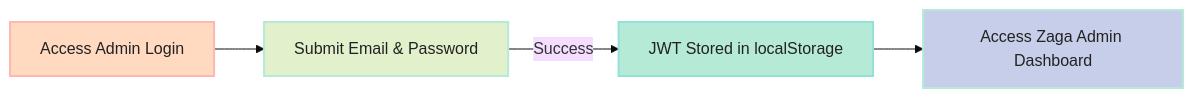
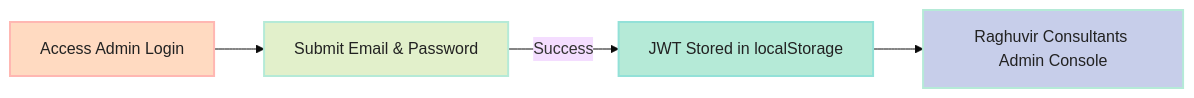
Before and after one commit to tejasrsuthar/investment-strategy-all-weather: the diagram in backend/docs/ADMIN_USER_GUIDE.md, drawn with Mermaid (base theme). The commit also changed other lines of this file and 19 other files, not shown here.

Commit message:
Bump version to v2.1.0: Raghuvir Consultants Admin rebranding, Alerts menu rename, inline status dropdown, multi-selection, bulk operations, Google Doc report link support, page-numbered pagination & graphify update

````diff
--- a/backend/docs/ADMIN_USER_GUIDE.md
+++ b/backend/docs/ADMIN_USER_GUIDE.md
@@ -12,11 +12,11 @@
 ```mermaid
 graph LR
     Login[Access Admin Login] --> Authenticate[Submit Email & Password]
     Authenticate -->|Success| TokenSaved[JWT Stored in localStorage]
-    TokenSaved --> Console[Access Zaga Admin Dashboard]
+    TokenSaved --> Console[Raghuvir Consultants Admin Console]
     
     style Login fill:#FFDAC1,stroke:#FFB7B2,stroke-width:2px,color:#222;
     style Authenticate fill:#E2F0CB,stroke:#B5EAD7,stroke-width:2px,color:#222;
     style TokenSaved fill:#B5EAD7,stroke:#93E1D8,stroke-width:2px,color:#222;
     style Console fill:#C7CEEA,stroke:#B5EAD7,stroke-width:2px,color:#222;
 ```
````
